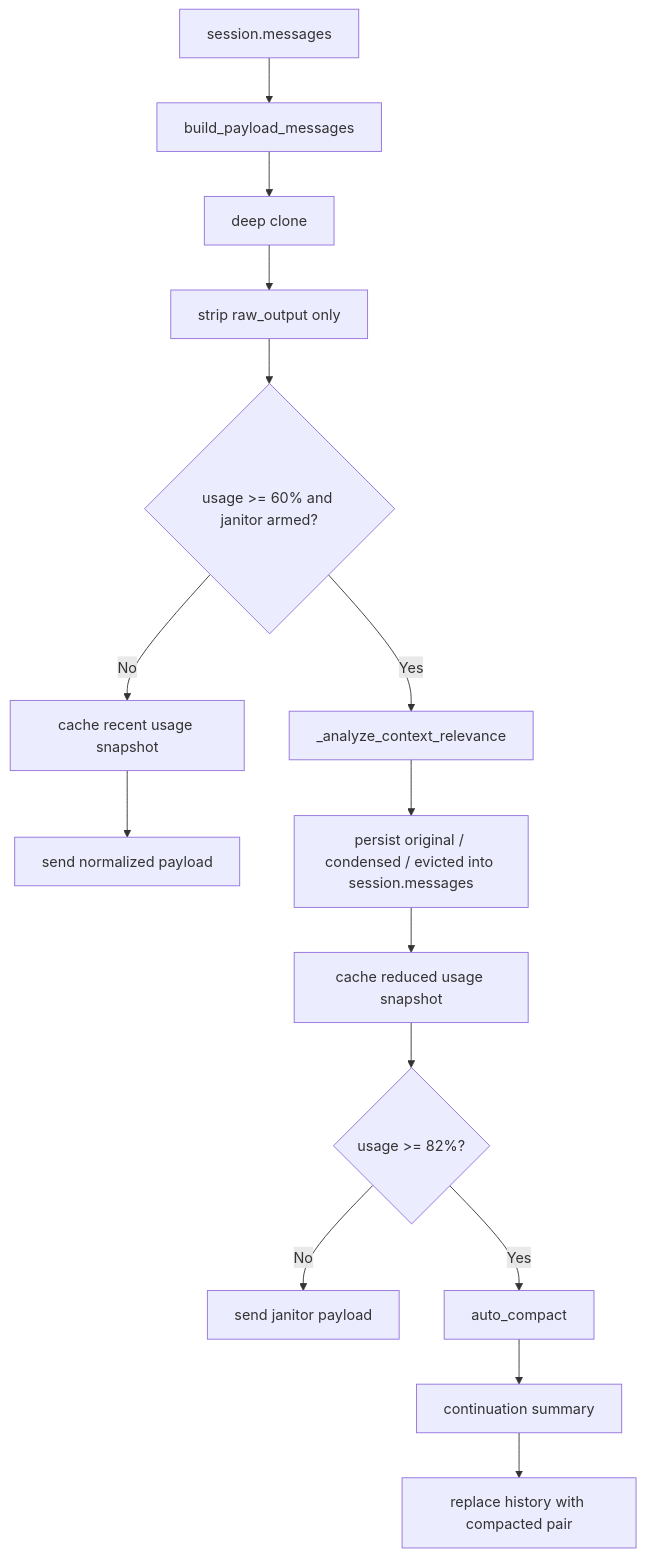
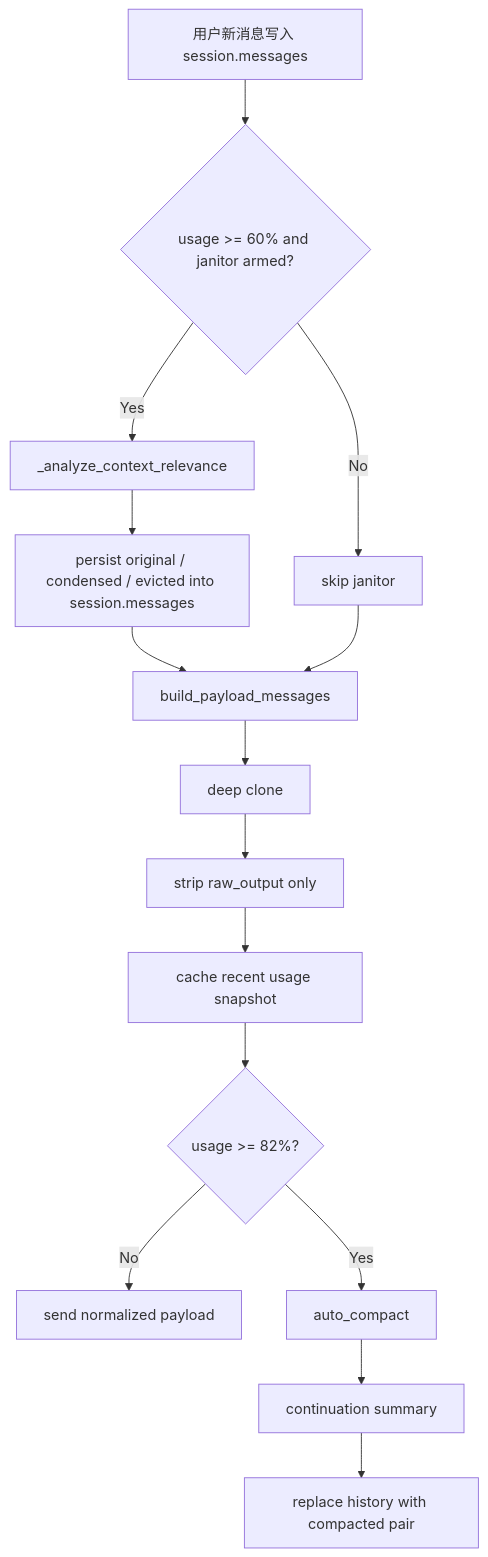
The diagram in Docs/Core/06-上下文治理与压缩.md (keiqkeqi321/somnia), drawn with Mermaid before and after one commit. The commit also changed other lines of this file and 5 other files, not shown here.

Commit message:
refactor(janitor): move auto janitor to turn boundary

````diff
--- a/Docs/Core/06-上下文治理与压缩.md
+++ b/Docs/Core/06-上下文治理与压缩.md
@@ -15,17 +15,17 @@
 ```mermaid
 flowchart TD
-    A[session.messages] --> B[build_payload_messages]
-    B --> C[deep clone]
-    C --> D[strip raw_output only]
-    D --> E{usage >= 60% and janitor armed?}
-    E -- No --> F[cache recent usage snapshot]
-    F --> G[send normalized payload]
-    E -- Yes --> H[_analyze_context_relevance]
-    H --> I[persist original / condensed / evicted into session.messages]
-    I --> J[cache reduced usage snapshot]
-    J --> K{usage >= 82%?}
-    K -- No --> L[send janitor payload]
-    K -- Yes --> M[auto_compact]
-    M --> N[continuation summary]
-    N --> O[replace history with compacted pair]
+    A[用户新消息写入 session.messages] --> B{usage >= 60% and janitor armed?}
+    B -- Yes --> C[_analyze_context_relevance]
+    C --> D[persist original / condensed / evicted into session.messages]
+    B -- No --> E[skip janitor]
+    D --> F[build_payload_messages]
+    E --> F
+    F --> G[deep clone]
+    G --> H[strip raw_output only]
+    H --> I[cache recent usage snapshot]
+    I --> J{usage >= 82%?}
+    J -- No --> K[send normalized payload]
+    J -- Yes --> L[auto_compact]
+    L --> M[continuation summary]
+    M --> N[replace history with compacted pair]
 ```
````
